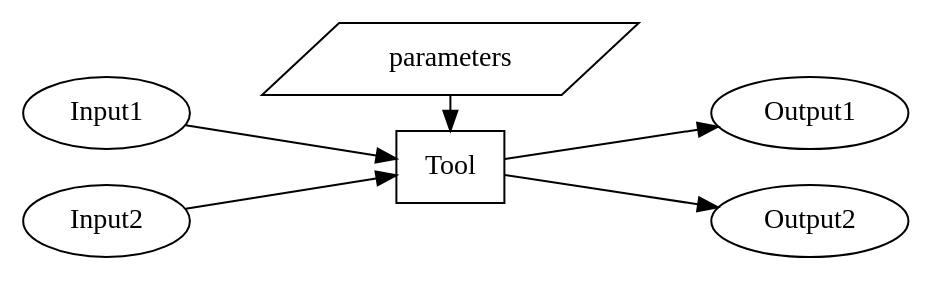
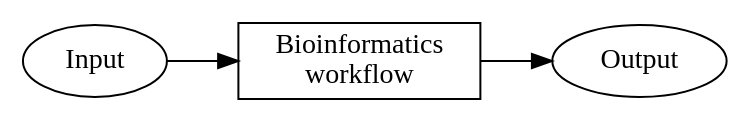
The first of 3 diagrams in presentations/2023-04-19-cpg/index.qmd (emrahkirdok/emrahkirdok.github.io), drawn with Graphviz before and after one commit. The commit also changed other lines of this file, not shown here.

````diff
--- a/presentations/2023-04-19-cpg/index.qmd
+++ b/presentations/2023-04-19-cpg/index.qmd
@@ -55,17 +63,13 @@
 ```{dot}
-// fig-cap: "A simple representation of input and outputs"
+// fig-cap: "A simple representation"
 
 digraph g { 
     rankdir = LR;
-    input1 [label = "Input1"];
-    input2 [label = "Input2"];
-    parameters [labels = "Parameters", shape = "parallelogram"];
-    tool [label = "Tool", shape = "box"];
-    output1 [label = "Output1"];
-    output2 [label = "Output2"];
-    {input1; input2} -> tool;
-    tool -> {output1; output2};
-    parameters -> tool;
-    {rank = same; parameters; tool};
+    input [label = "Input"];
+
+    workflow [label = "Bioinformatics\nworkflow", shape = "box"];
+    output [label = "Output"];
+    
+    input -> workflow-> output
 }
 ```
````
